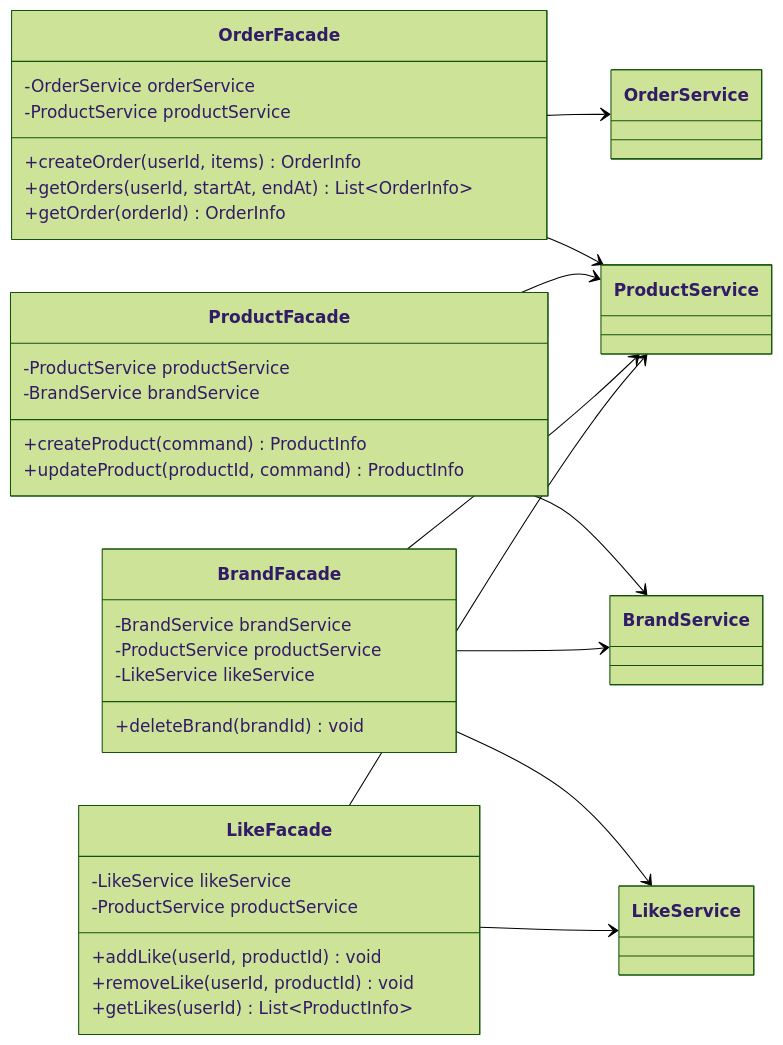
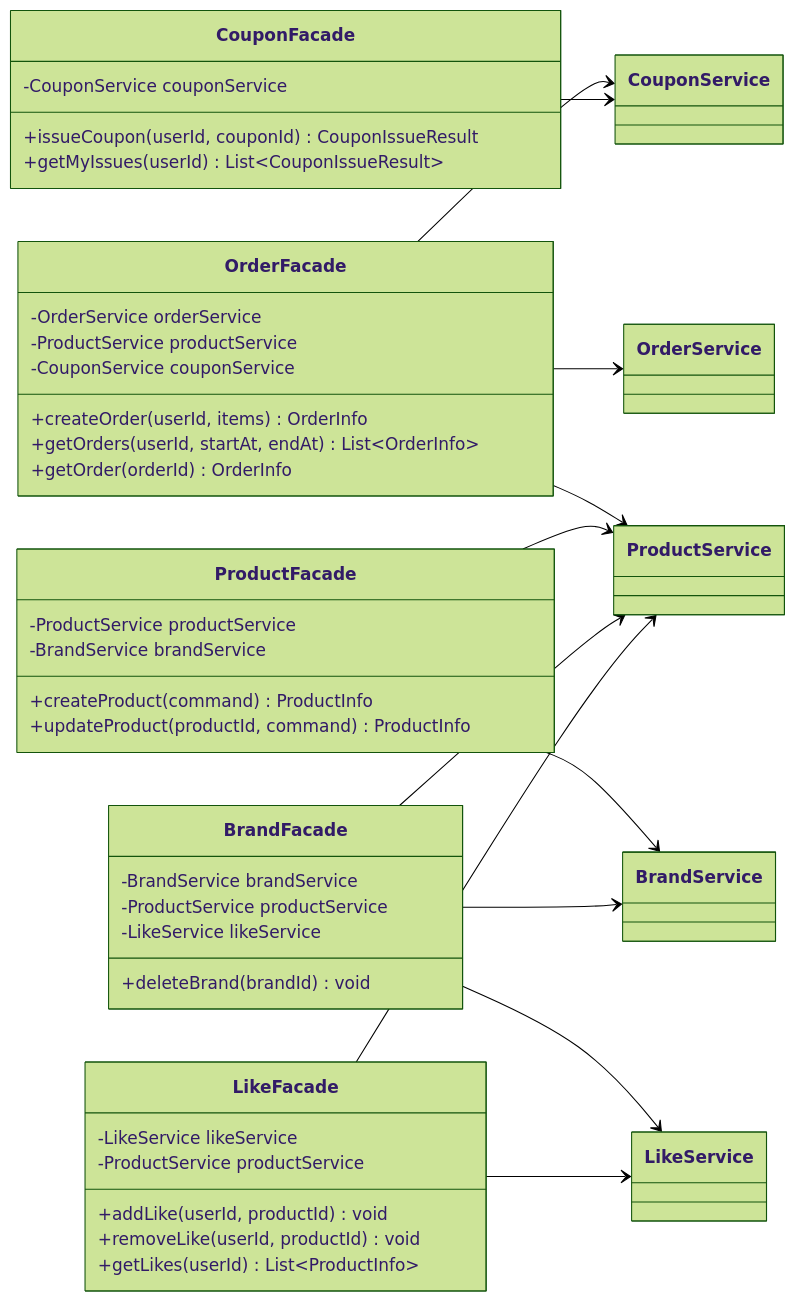
The third of 5 diagrams in docs/design/03-class-diagram.md (Loopers-dev-lab/loop-pack-be-l2-vol3-kotlin), drawn with Mermaid (forest theme) before and after one commit. The commit also changed other lines of this file and 5 other files, not shown here.

````diff
--- a/docs/design/03-class-diagram.md
+++ b/docs/design/03-class-diagram.md
@@ -236,44 +305,53 @@
 ```mermaid
 classDiagram
     direction LR
 
     class OrderFacade {
         -OrderService orderService
         -ProductService productService
+        -CouponService couponService
         +createOrder(userId, items) OrderInfo
         +getOrders(userId, startAt, endAt) List~OrderInfo~
         +getOrder(orderId) OrderInfo
     }
 
     class ProductFacade {
         -ProductService productService
         -BrandService brandService
         +createProduct(command) ProductInfo
         +updateProduct(productId, command) ProductInfo
     }
 
     class BrandFacade {
         -BrandService brandService
         -ProductService productService
         -LikeService likeService
         +deleteBrand(brandId) void
     }
 
     class LikeFacade {
         -LikeService likeService
         -ProductService productService
         +addLike(userId, productId) void
         +removeLike(userId, productId) void
         +getLikes(userId) List~ProductInfo~
     }
 
+    class CouponFacade {
+        -CouponService couponService
+        +issueCoupon(userId, couponId) CouponIssueResult
+        +getMyIssues(userId) List~CouponIssueResult~
+    }
+
     OrderFacade --> OrderService
     OrderFacade --> ProductService
+    OrderFacade --> CouponService
+    CouponFacade --> CouponService
     ProductFacade --> ProductService
     ProductFacade --> BrandService
     BrandFacade --> BrandService
     BrandFacade --> ProductService
     BrandFacade --> LikeService
     LikeFacade --> LikeService
     LikeFacade --> ProductService
 ```
````
